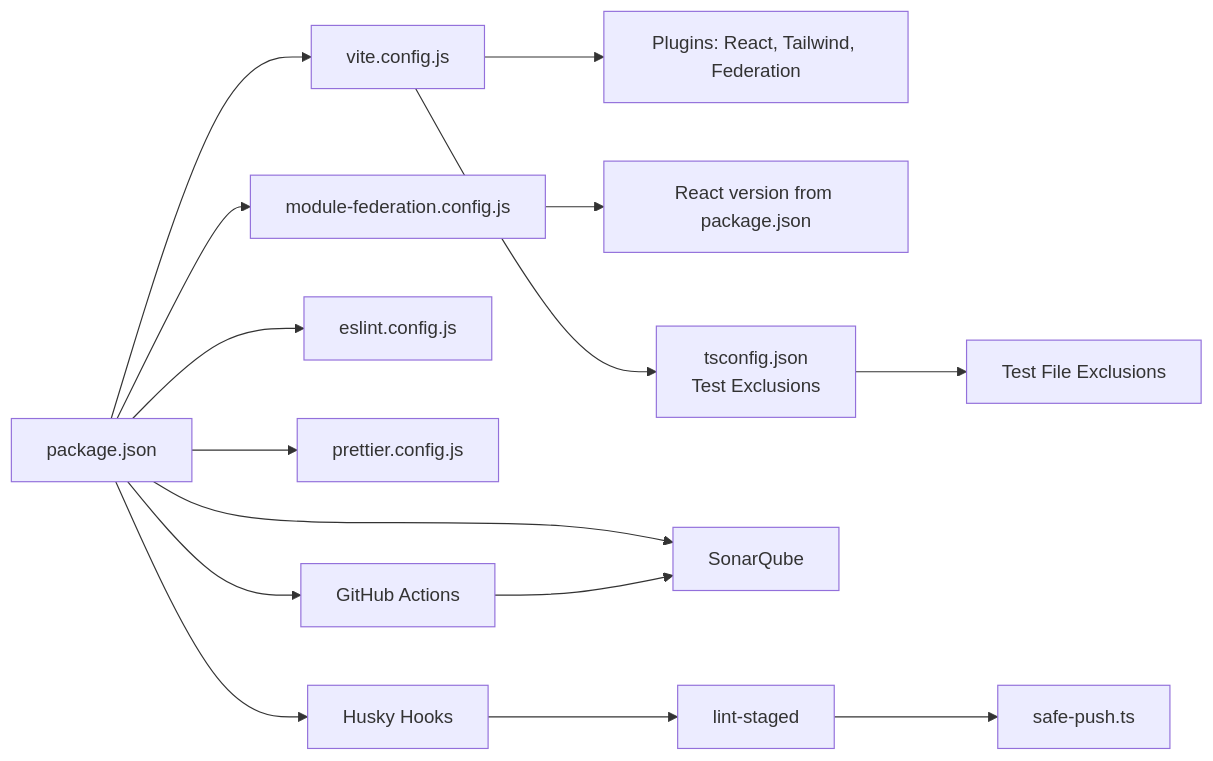
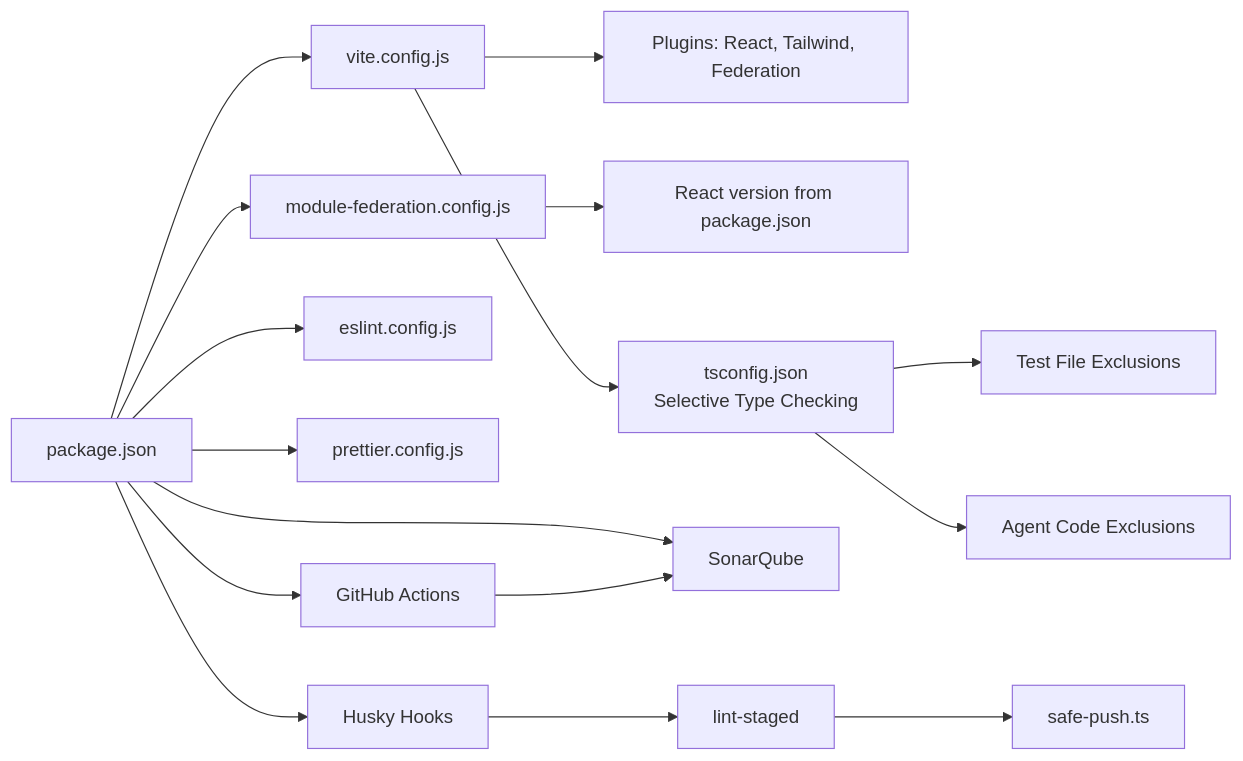
One commit to DoVuDung/cv-portfolio-builder changed diagram 11 of 11 in .qoder/repowiki/en/content/Core Architecture/Build Configuration/Build Configuration.md. Above: the diagram before and after it, drawn with Mermaid. The commit also changed other lines of this file and 6 other files, not shown here.

````diff
--- a/.qoder/repowiki/en/content/Core Architecture/Build Configuration/Build Configuration.md
+++ b/.qoder/repowiki/en/content/Core Architecture/Build Configuration/Build Configuration.md
@@ -522,17 +559,18 @@
 ```mermaid
 graph LR
 Pkg["package.json"] --> Vite["vite.config.js"]
 Pkg --> MFConf["module-federation.config.js"]
 Vite --> Plugins["Plugins: React, Tailwind, Federation"]
 MFConf --> ReactDep["React version from package.json"]
-Vite --> TS["tsconfig.json<br/>Test Exclusions"]
+Vite --> TS["tsconfig.json<br/>Selective Type Checking"]
 Pkg --> ESL["eslint.config.js"]
 Pkg --> PRET["prettier.config.js"]
 Pkg --> GA["GitHub Actions"]
 Pkg --> Husky["Husky Hooks"]
 Pkg --> SQ["SonarQube"]
 GA --> SQ
 Husky --> LS["lint-staged"]
 LS --> SP["safe-push.ts"]
 TS --> TestExclusions["Test File Exclusions"]
+TS --> AgentExclusions["Agent Code Exclusions"]
 ```
````
